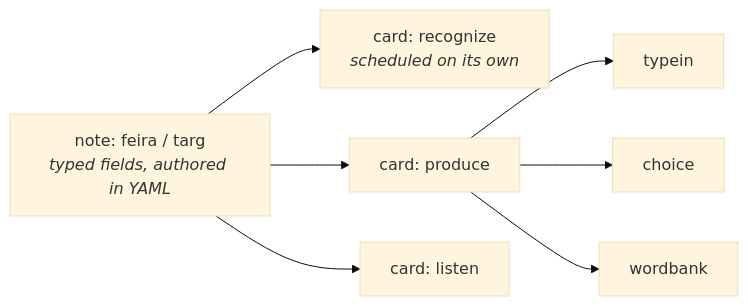
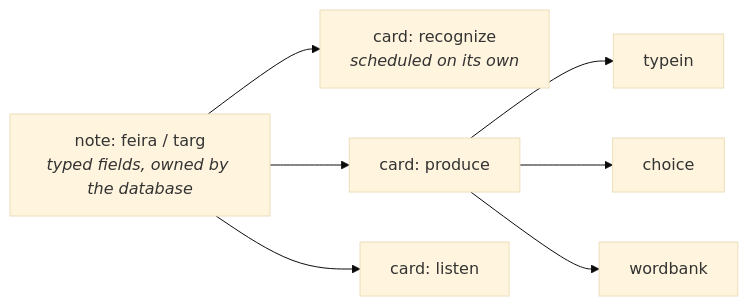
One commit to mikub97/repetita changed the first of 3 diagrams in docs/how-it-works.md. Above: the diagram before and after it, drawn with Mermaid (base theme). The commit also changed other lines of this file and 28 other files, not shown here.

First line of the commit message:
feat: the database is the ground truth; YAML is a way in and a way out (#70)

````diff
--- a/docs/how-it-works.md
+++ b/docs/how-it-works.md
@@ -10,12 +10,12 @@
 ```mermaid
 flowchart LR
-    N["note: feira / targ<br/><i>typed fields, authored in YAML</i>"]
+    N["note: feira / targ<br/><i>typed fields, owned by the database</i>"]
     C1["card: recognize<br/><i>scheduled on its own</i>"]
     C2["card: produce"]
     C3["card: listen"]
     F1["typein"]
     F2["choice"]
     F3["wordbank"]
     N --> C1 & C2 & C3
     C2 --> F1 & F2 & F3
 ```
````
